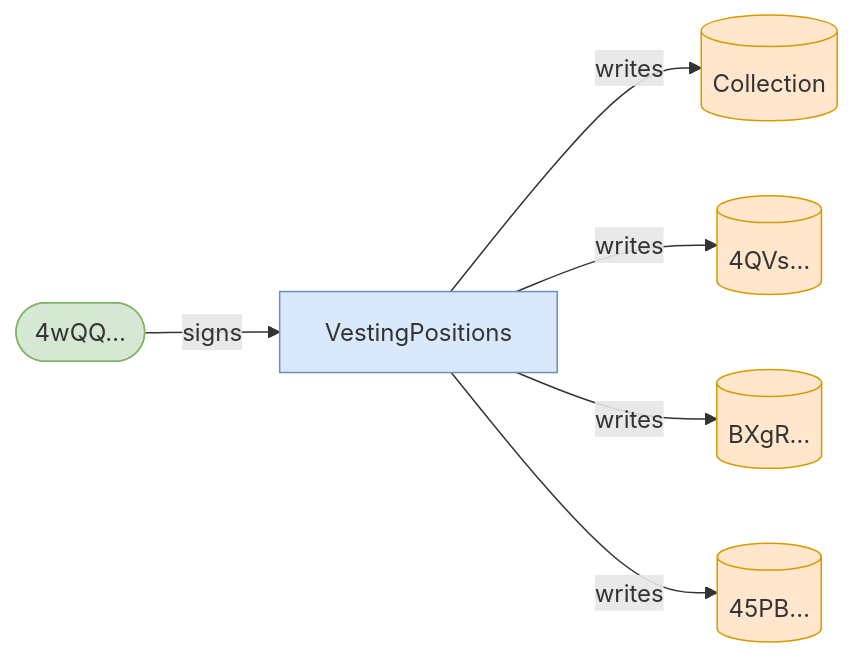
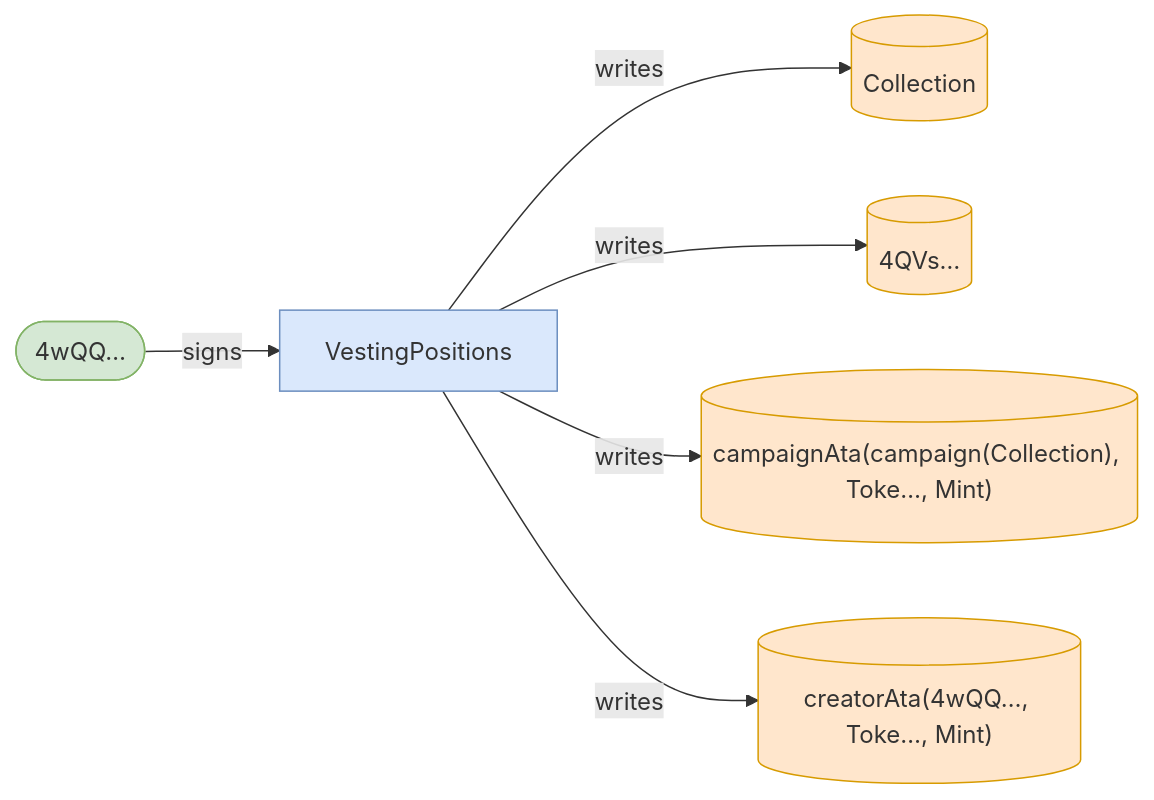
Before and after one commit to cds-turbin3/vesting-position: the eighth of 9 diagrams in babelfish-tests/test-report/clawback_requires_creator.md, drawn with Mermaid. The commit also changed other lines of this file and 51 other files, not shown here.

````diff
--- a/babelfish-tests/test-report/clawback_requires_creator.md
+++ b/babelfish-tests/test-report/clawback_requires_creator.md
@@ -399,17 +353,17 @@
 ```mermaid
 flowchart LR
     VestingPositions["VestingPositions"]:::program
     4wQQ(["4wQQ…"]):::signer
     Collection[("Collection")]:::state
     4QVs[("4QVs…")]:::state
-    BXgR[("BXgR…")]:::state
-    45PB[("45PB…")]:::state
+    campaignAtacampaignCollectionTokeMint[("campaignAta(campaign(Collection), Toke…, Mint)")]:::state
+    creatorAta4wQQTokeMint[("creatorAta(4wQQ…, Toke…, Mint)")]:::state
     4wQQ -->|signs| VestingPositions
     VestingPositions -->|writes| Collection
     VestingPositions -->|writes| 4QVs
-    VestingPositions -->|writes| BXgR
-    VestingPositions -->|writes| 45PB
+    VestingPositions -->|writes| campaignAtacampaignCollectionTokeMint
+    VestingPositions -->|writes| creatorAta4wQQTokeMint
     classDef program fill:#dae8fc,stroke:#6c8ebf;
     classDef signer fill:#d5e8d4,stroke:#82b366;
     classDef state fill:#ffe6cc,stroke:#d79b00;
 ```
````
